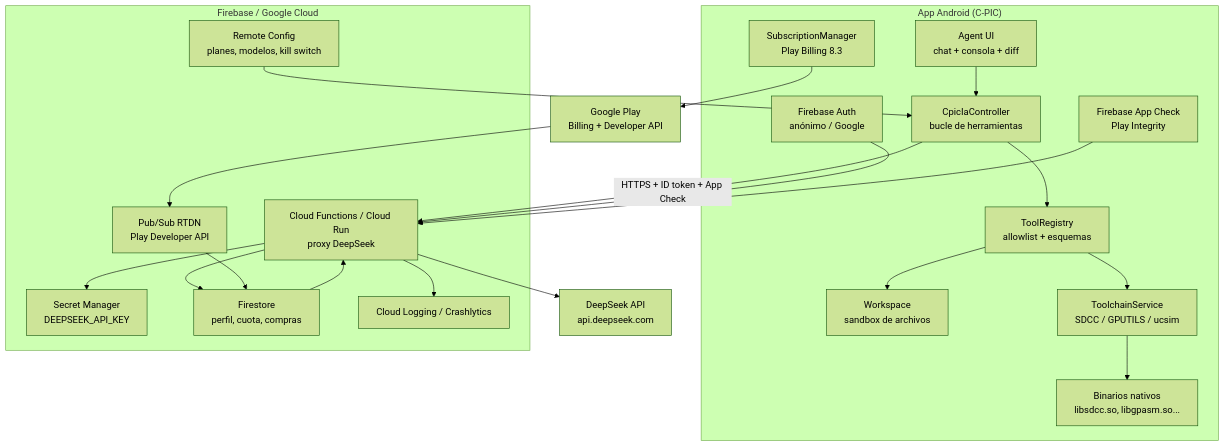
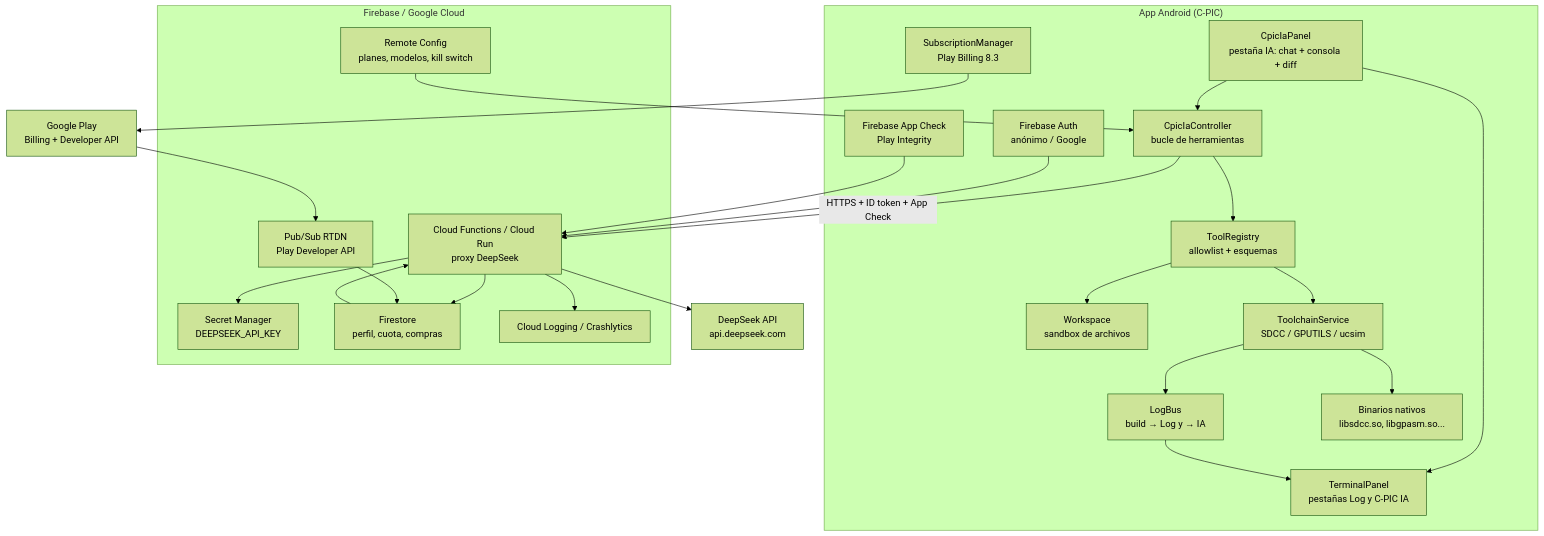
One commit to Danielk10/C-PIC changed the first of 2 diagrams in GUIA_CPIC_IA.md. Above: the diagram before and after it, drawn with Mermaid (forest theme). The commit also changed other lines of this file and 1 other file, not shown here.

Commit message:
docs(cpic-ia): terminal compartida Log/C-PIC IA e integraciones

````diff
--- a/GUIA_CPIC_IA.md
+++ b/GUIA_CPIC_IA.md
@@ -227,44 +273,49 @@
 ```mermaid
 flowchart TB
     subgraph Android["App Android (C-PIC)"]
-        UI["Agent UI<br/>chat + consola + diff"]
+        UI["CpicIaPanel<br/>pestaña IA: chat + consola + diff"]
+        TP["TerminalPanel<br/>pestañas Log y C-PIC IA"]
+        LB["LogBus<br/>build → Log y → IA"]
         AC["CpicIaController<br/>bucle de herramientas"]
         TR["ToolRegistry<br/>allowlist + esquemas"]
         WS["Workspace<br/>sandbox de archivos"]
         TC["ToolchainService<br/>SDCC / GPUTILS / ucsim"]
         NB["Binarios nativos<br/>libsdcc.so, libgpasm.so..."]
         BILL["SubscriptionManager<br/>Play Billing 8.3"]
         AUTH["Firebase Auth<br/>anónimo / Google"]
         ACK["Firebase App Check<br/>Play Integrity"]
     end
 
     subgraph Firebase["Firebase / Google Cloud"]
         FN["Cloud Functions / Cloud Run<br/>proxy DeepSeek"]
         SM["Secret Manager<br/>DEEPSEEK_API_KEY"]
         FS["Firestore<br/>perfil, cuota, compras"]
         RC["Remote Config<br/>planes, modelos, kill switch"]
         RTDN["Pub/Sub RTDN<br/>Play Developer API"]
         LOG["Cloud Logging / Crashlytics"]
     end
 
     DS["DeepSeek API<br/>api.deepseek.com"]
     PLAY["Google Play<br/>Billing + Developer API"]
 
     UI --> AC
+    UI --> TP
     AC --> TR
     TR --> WS
     TR --> TC
     TC --> NB
+    TC --> LB
+    LB --> TP
     AC -->|"HTTPS + ID token + App Check"| FN
     FN --> SM
     FN --> DS
     FN --> FS
     BILL --> PLAY
     PLAY --> RTDN
     RTDN --> FS
     AUTH --> FN
     ACK --> FN
     FS --> FN
     RC --> AC
     FN --> LOG
 ```
````
